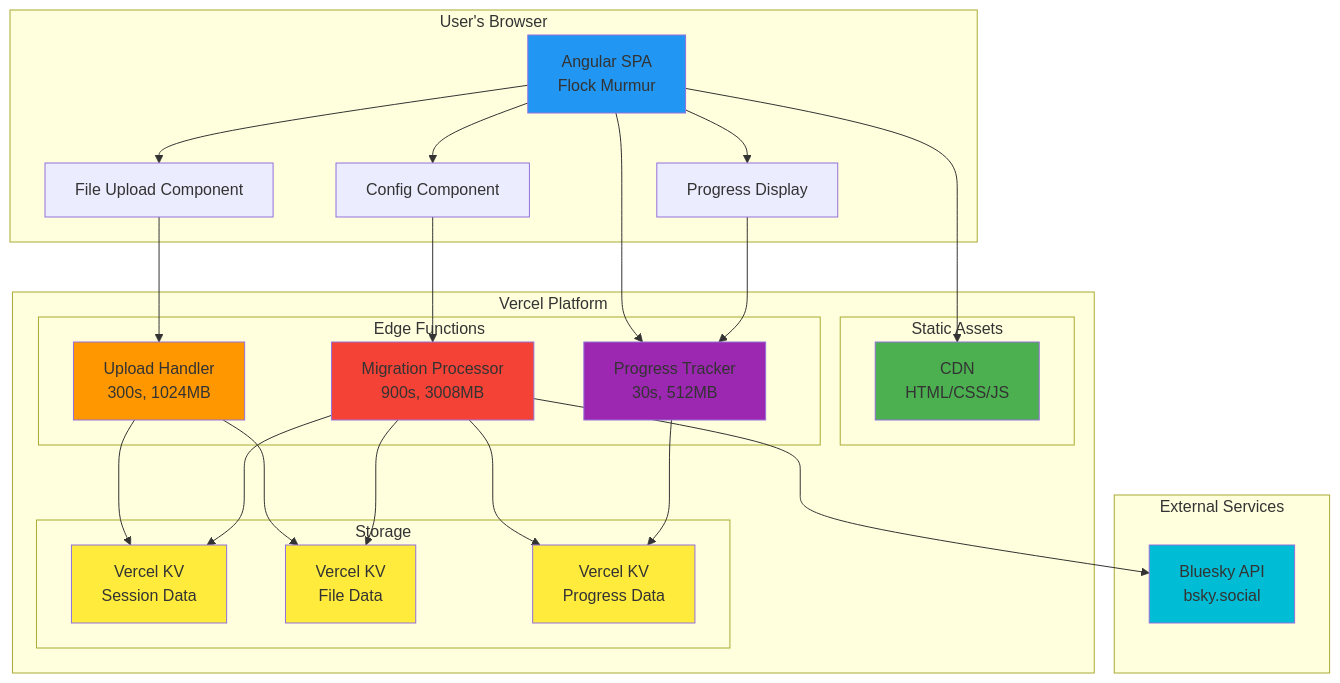
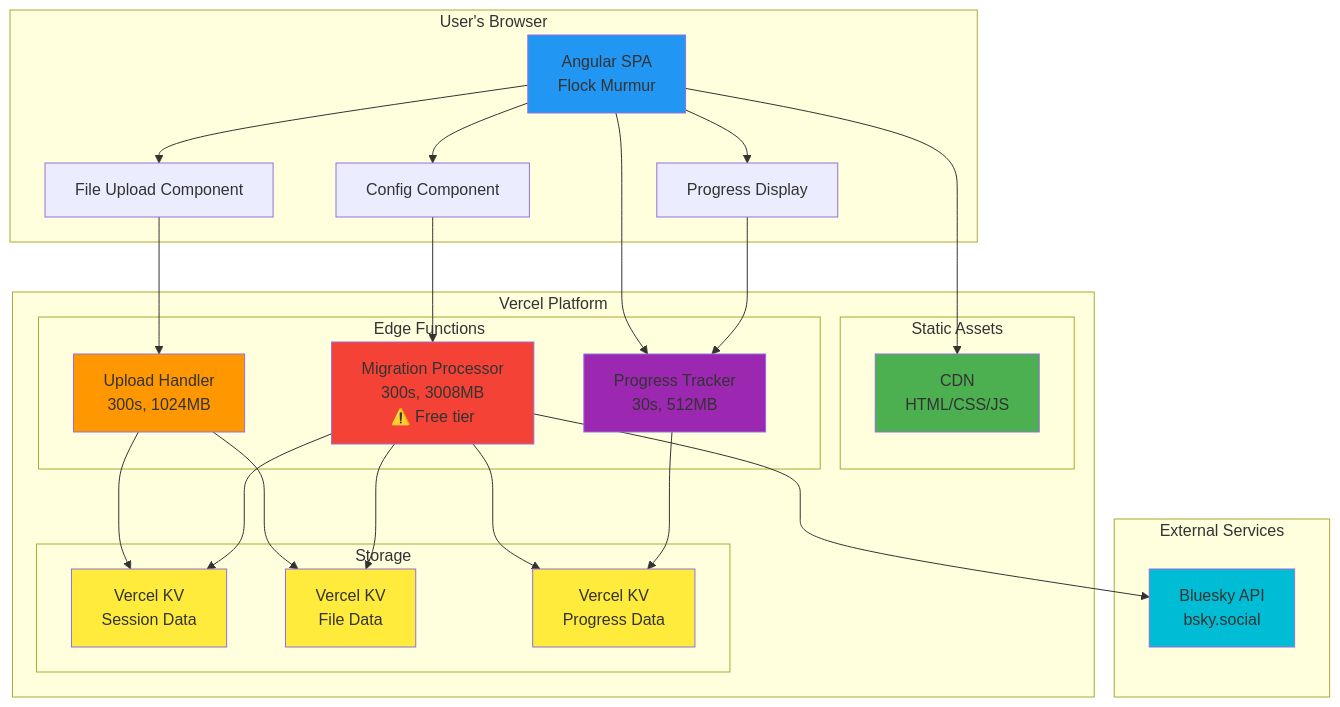
Before and after one commit to CommunityStream-io/flock: the first of 8 diagrams in docs/VERCEL_ARCHITECTURE.md, drawn with Mermaid. The commit also changed other lines of this file and 4 other files, not shown here.

Commit message:
Fix: Reduce migrate endpoint timeout to 300s for Vercel free tier

````diff
--- a/docs/VERCEL_ARCHITECTURE.md
+++ b/docs/VERCEL_ARCHITECTURE.md
@@ -5,59 +5,59 @@
 ```mermaid
 graph TB
     subgraph "User's Browser"
         A[Angular SPA<br/>Flock Murmur]
         A1[File Upload Component]
         A2[Progress Display]
         A3[Config Component]
         A --> A1
         A --> A2
         A --> A3
     end
     
     subgraph "Vercel Platform"
         subgraph "Static Assets"
             B[CDN<br/>HTML/CSS/JS]
         end
         
         subgraph "Edge Functions"
             C[Upload Handler<br/>300s, 1024MB]
-            D[Migration Processor<br/>900s, 3008MB]
+            D[Migration Processor<br/>300s, 3008MB<br/>⚠️ Free tier]
             E[Progress Tracker<br/>30s, 512MB]
         end
         
         subgraph "Storage"
             F[Vercel KV<br/>Session Data]
             G[Vercel KV<br/>File Data]
             H[Vercel KV<br/>Progress Data]
         end
     end
     
     subgraph "External Services"
         I[Bluesky API<br/>bsky.social]
     end
     
     A --> B
     A1 --> C
     A --> E
     A3 --> D
     A2 --> E
     
     C --> F
     C --> G
     D --> F
     D --> G
     D --> H
     E --> H
     
     D --> I
     
     style A fill:#2196f3
     style B fill:#4caf50
     style C fill:#ff9800
     style D fill:#f44336
     style E fill:#9c27b0
     style F fill:#ffeb3b
     style G fill:#ffeb3b
     style H fill:#ffeb3b
     style I fill:#00bcd4
 ```
````
